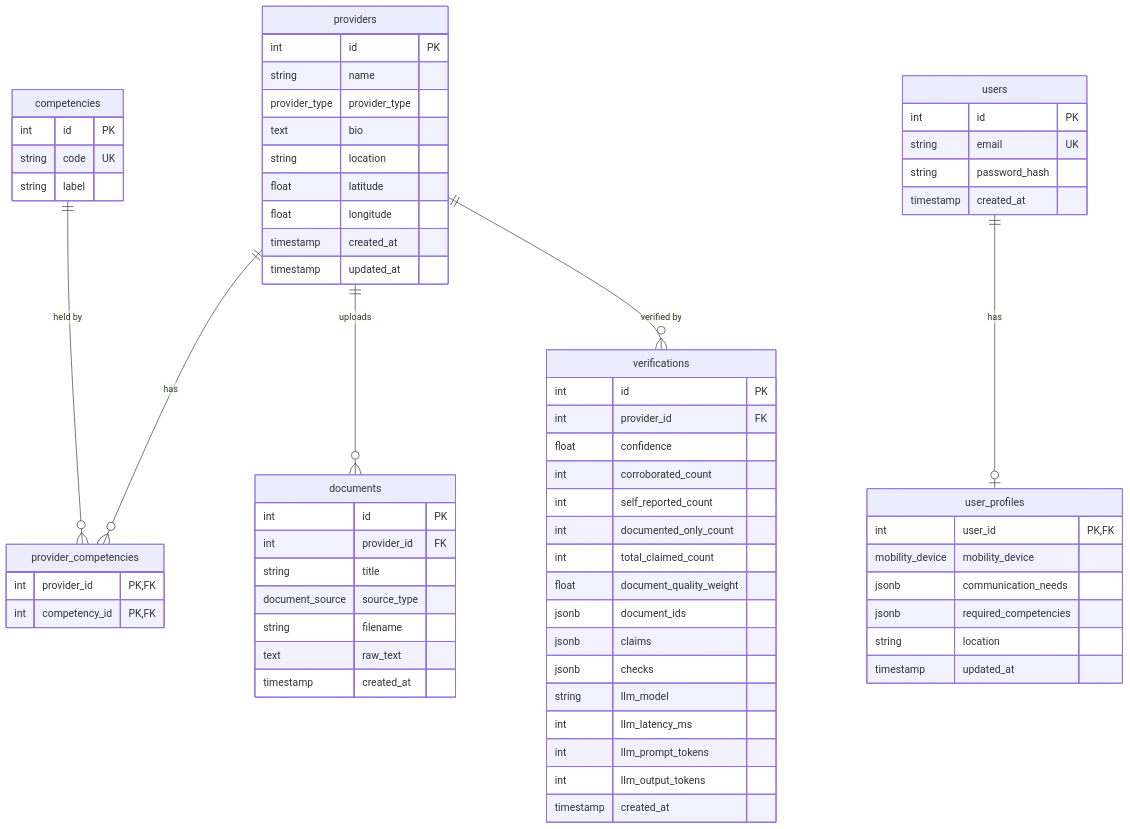
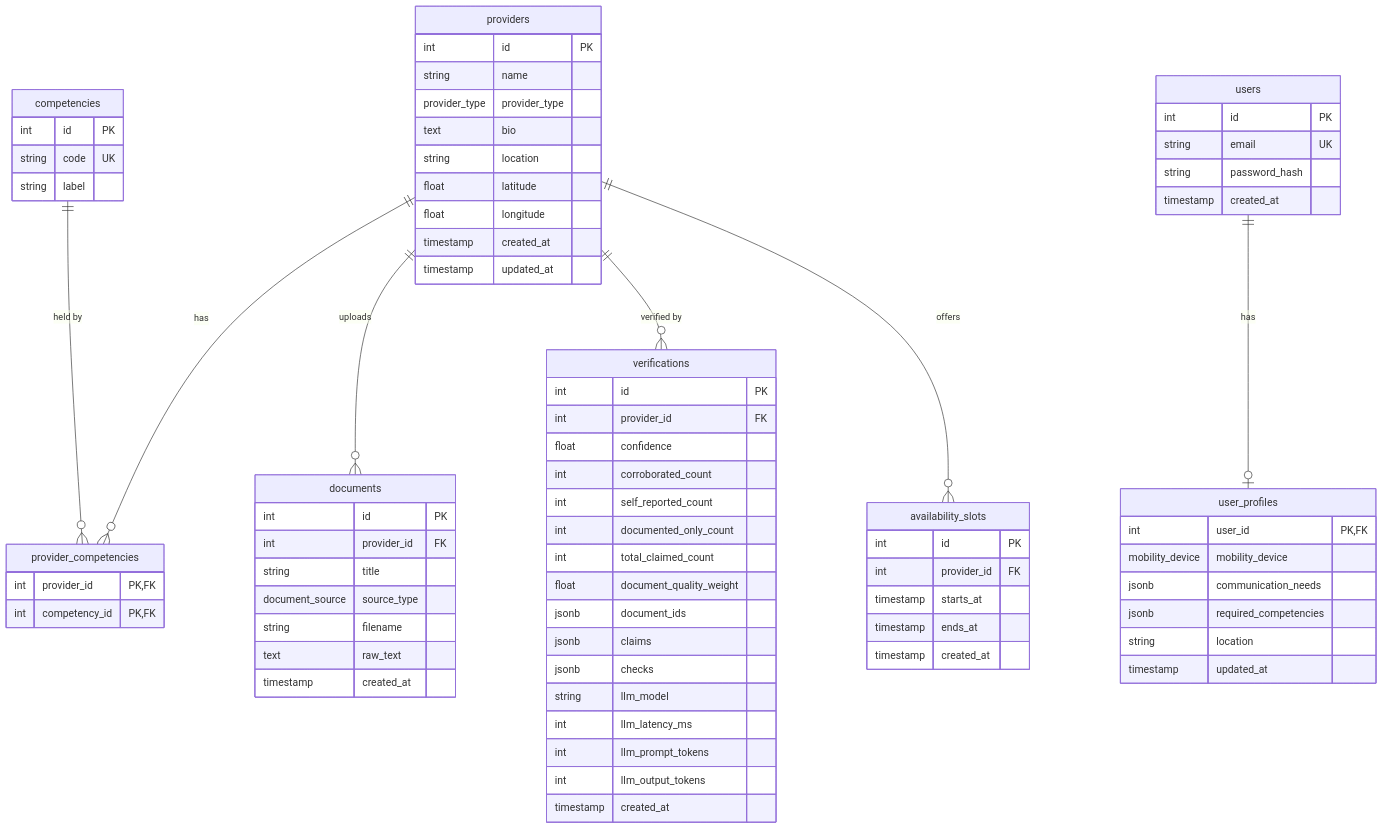
The diagram in docs/databaseschema.md (ernqiteng/Vouch), drawn with Mermaid before and after one commit. The commit also changed other lines of this file, not shown here.

Commit message:
docs: add availability_slots to database schema

````diff
--- a/docs/databaseschema.md
+++ b/docs/databaseschema.md
@@ -9,70 +9,78 @@
 ```mermaid
 erDiagram
     providers ||--o{ provider_competencies : has
     competencies ||--o{ provider_competencies : "held by"
     providers ||--o{ documents : uploads
     providers ||--o{ verifications : "verified by"
     users ||--o| user_profiles : has
+    providers ||--o{ availability_slots : offers
 
     providers {
         int id PK
         string name
         provider_type provider_type
         text bio
         string location
         float latitude
         float longitude
         timestamp created_at
         timestamp updated_at
     }
     competencies {
         int id PK
         string code UK
         string label
     }
     provider_competencies {
         int provider_id PK, FK
         int competency_id PK, FK
     }
     documents {
         int id PK
         int provider_id FK
         string title
         document_source source_type
         string filename
         text raw_text
         timestamp created_at
     }
     verifications {
         int id PK
         int provider_id FK
         float confidence
         int corroborated_count
         int self_reported_count
         int documented_only_count
         int total_claimed_count
         float document_quality_weight
         jsonb document_ids
         jsonb claims
         jsonb checks
         string llm_model
         int llm_latency_ms
         int llm_prompt_tokens
         int llm_output_tokens
         timestamp created_at
     }
     users {
         int id PK
         string email UK
         string password_hash
         timestamp created_at
     }
     user_profiles {
         int user_id PK, FK
         mobility_device mobility_device
         jsonb communication_needs
         jsonb required_competencies
         string location
         timestamp updated_at
     }
+    availability_slots {
+        int id PK
+        int provider_id FK
+        timestamp starts_at
+        timestamp ends_at
+        timestamp created_at
+    }
 ```
````
